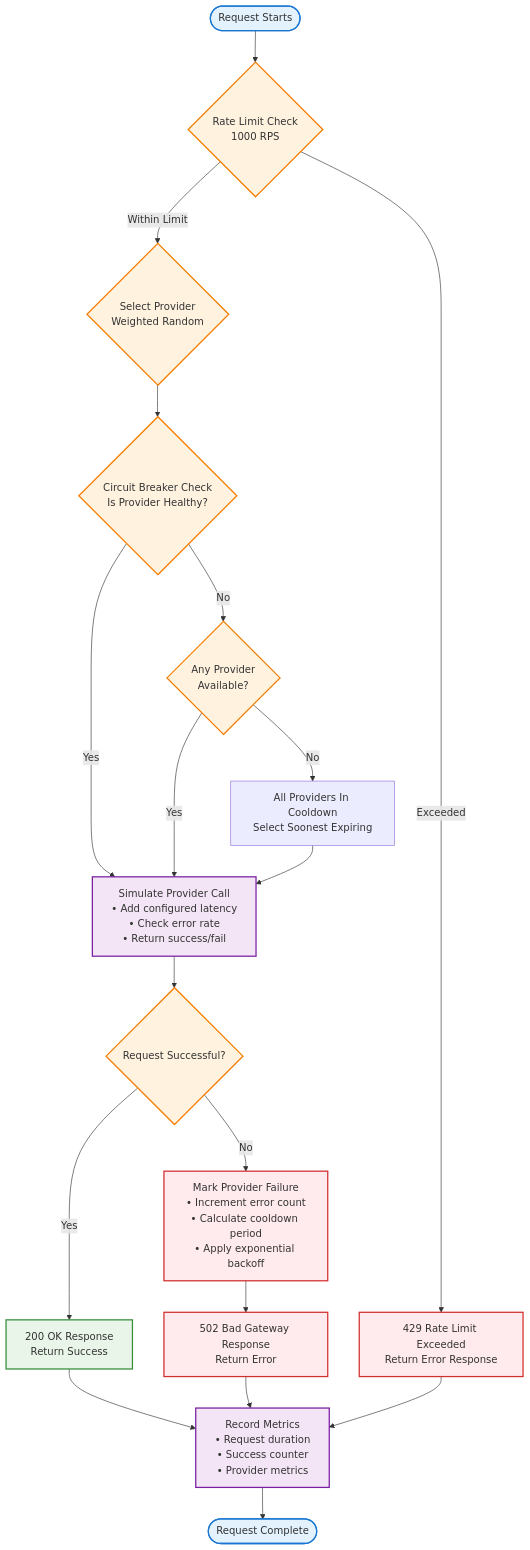
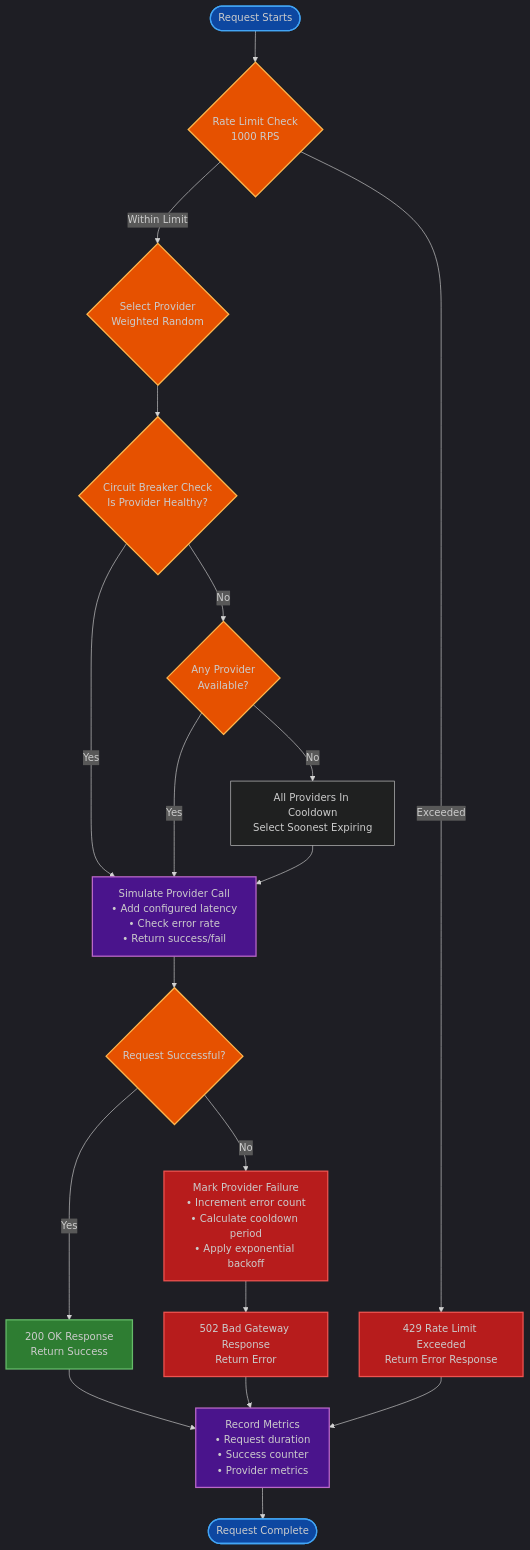
One commit to yranjan06/Learning-Projects changed the second of 3 diagrams in API Gateway Simulator /README.md. Above: the diagram before and after it, drawn with Mermaid. The commit also changed other lines of this file, not shown here.

Commit message:
Update Mermaid diagrams to use dark theme for better visibility

````diff
--- a/API Gateway Simulator /README.md
+++ b/API Gateway Simulator /README.md
@@ -92,43 +93,44 @@
 ```mermaid
+%%{init: {'theme': 'dark'}}%%
 flowchart TD
     START([Request Starts]) --> RATE_CHECK{Rate Limit Check<br/>1000 RPS}
 
     RATE_CHECK -->|Within Limit| PROVIDER_SELECT{Select Provider<br/>Weighted Random}
     RATE_CHECK -->|Exceeded| RATE_LIMITED[429 Rate Limit Exceeded<br/>Return Error Response]
 
     PROVIDER_SELECT --> CIRCUIT_CHECK{Circuit Breaker Check<br/>Is Provider Healthy?}
 
     CIRCUIT_CHECK -->|Yes| SIMULATE_CALL[Simulate Provider Call<br/>• Add configured latency<br/>• Check error rate<br/>• Return success/fail]
     CIRCUIT_CHECK -->|No| COOLDOWN_CHECK{Any Provider<br/>Available?}
 
     COOLDOWN_CHECK -->|No| ALL_COOLDOWN[All Providers In Cooldown<br/>Select Soonest Expiring]
     COOLDOWN_CHECK -->|Yes| SIMULATE_CALL
 
     ALL_COOLDOWN --> SIMULATE_CALL
 
     SIMULATE_CALL --> SUCCESS_CHECK{Request Successful?}
 
     SUCCESS_CHECK -->|Yes| SUCCESS_RESP[200 OK Response<br/>Return Success]
     SUCCESS_CHECK -->|No| FAILURE_HANDLING[Mark Provider Failure<br/>• Increment error count<br/>• Calculate cooldown period<br/>• Apply exponential backoff]
 
     FAILURE_HANDLING --> ERROR_RESP[502 Bad Gateway Response<br/>Return Error]
 
     SUCCESS_RESP --> METRICS[Record Metrics<br/>• Request duration<br/>• Success counter<br/>• Provider metrics]
     ERROR_RESP --> METRICS
     RATE_LIMITED --> METRICS
 
     METRICS --> END([Request Complete])
 
     %% Styling
-    classDef processClass fill:#e3f2fd,stroke:#1976d2,stroke-width:2px
-    classDef decisionClass fill:#fff3e0,stroke:#f57c00,stroke-width:2px
-    classDef successClass fill:#e8f5e8,stroke:#388e3c,stroke-width:2px
-    classDef errorClass fill:#ffebee,stroke:#d32f2f,stroke-width:2px
-    classDef metricsClass fill:#f3e5f5,stroke:#7b1fa2,stroke-width:2px
+    classDef processClass fill:#0d47a1,stroke:#42a5f5,stroke-width:2px
+    classDef decisionClass fill:#e65100,stroke:#ffb74d,stroke-width:2px
+    classDef successClass fill:#2e7d32,stroke:#66bb6a,stroke-width:2px
+    classDef errorClass fill:#b71c1c,stroke:#ef5350,stroke-width:2px
+    classDef metricsClass fill:#4a148c,stroke:#ba68c8,stroke-width:2px
 
     class START,END processClass
     class RATE_CHECK,PROVIDER_SELECT,CIRCUIT_CHECK,SUCCESS_CHECK,COOLDOWN_CHECK decisionClass
     class SUCCESS_RESP successClass
     class RATE_LIMITED,ERROR_RESP,FAILURE_HANDLING errorClass
     class METRICS,SIMULATE_CALL metricsClass
 ```
````
